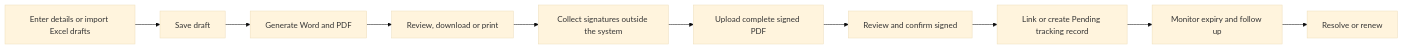
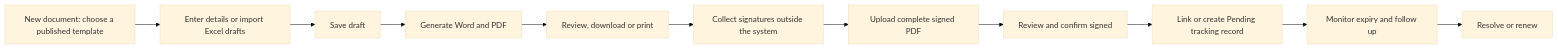
One commit to shiebin-bit/nda-tracking-dashboard changed the first of 2 diagrams in README.md. Above: the diagram before and after it, drawn with Mermaid (base theme). The commit also changed other lines of this file and 69 other files, not shown here.

````diff
--- a/README.md
+++ b/README.md
@@ -79,12 +85,13 @@
 ```mermaid
 flowchart LR
-    A[Enter details or import Excel drafts] --> B[Save draft]
+    T[New document: choose a published template] --> A[Enter details or import Excel drafts]
+    A --> B[Save draft]
     B --> C[Generate Word and PDF]
     C --> D[Review, download or print]
     D --> E[Collect signatures outside the system]
     E --> F[Upload complete signed PDF]
     F --> G[Review and confirm signed]
     G --> H[Link or create Pending tracking record]
     H --> I[Monitor expiry and follow up]
     I --> J[Resolve or renew]
 ```
````
